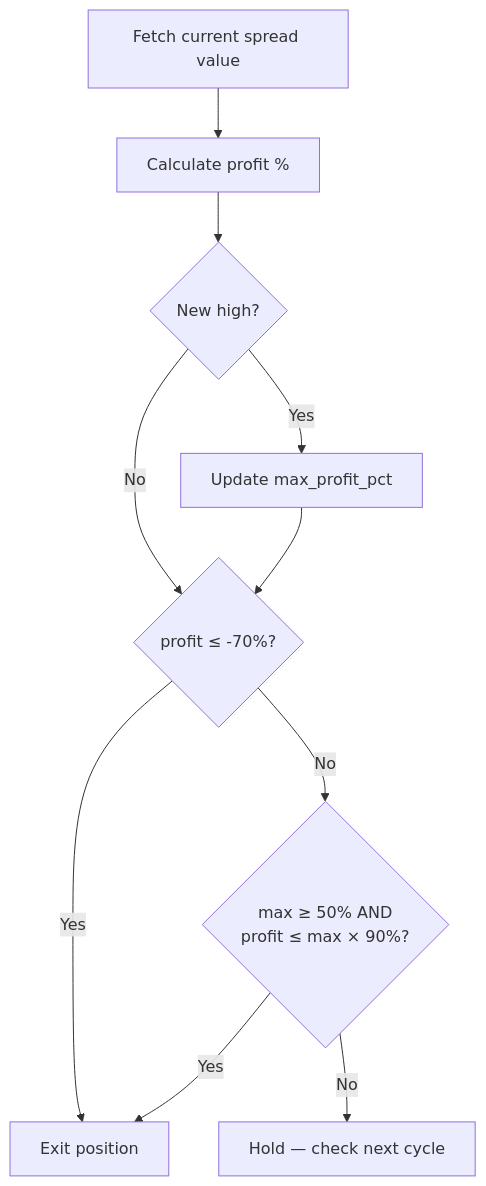
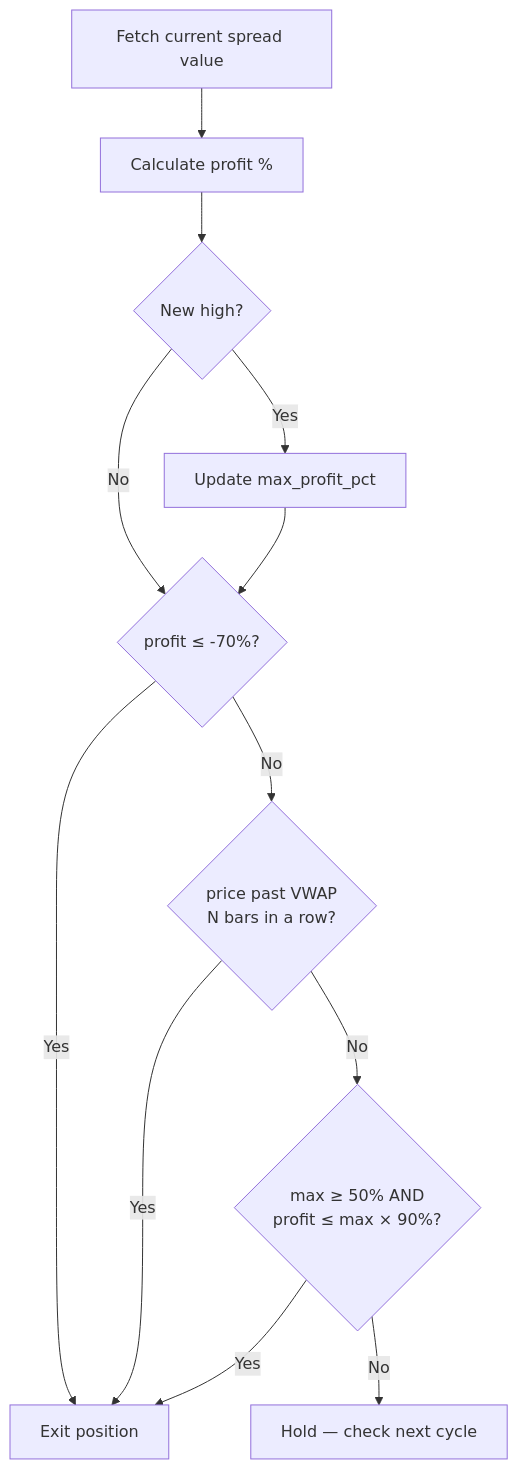
One commit to rakeshnemani/0dte changed the second of 2 diagrams in docs/HOW_IT_WORKS.md. Above: the diagram before and after it, drawn with Mermaid. The commit also changed other lines of this file and 10 other files, not shown here.

````diff
--- a/docs/HOW_IT_WORKS.md
+++ b/docs/HOW_IT_WORKS.md
@@ -257,14 +269,16 @@
 ```mermaid
 graph TD
     Fetch[Fetch current spread value] --> Calc[Calculate profit %]
     Calc --> UpdateMax{New high?}
     UpdateMax -- Yes --> SetMax[Update max_profit_pct]
     UpdateMax -- No --> R1
     SetMax --> R1
 
     R1{profit ≤ -70%?}
     R1 -- Yes --> Exit[Exit position]
-    R1 -- No --> R2{max ≥ 50% AND\nprofit ≤ max × 90%?}
+    R1 -- No --> R2{price past VWAP\nN bars in a row?}
     R2 -- Yes --> Exit
-    R2 -- No --> Hold[Hold — check next cycle]
+    R2 -- No --> R3{max ≥ 50% AND\nprofit ≤ max × 90%?}
+    R3 -- Yes --> Exit
+    R3 -- No --> Hold[Hold — check next cycle]
 ```
````
